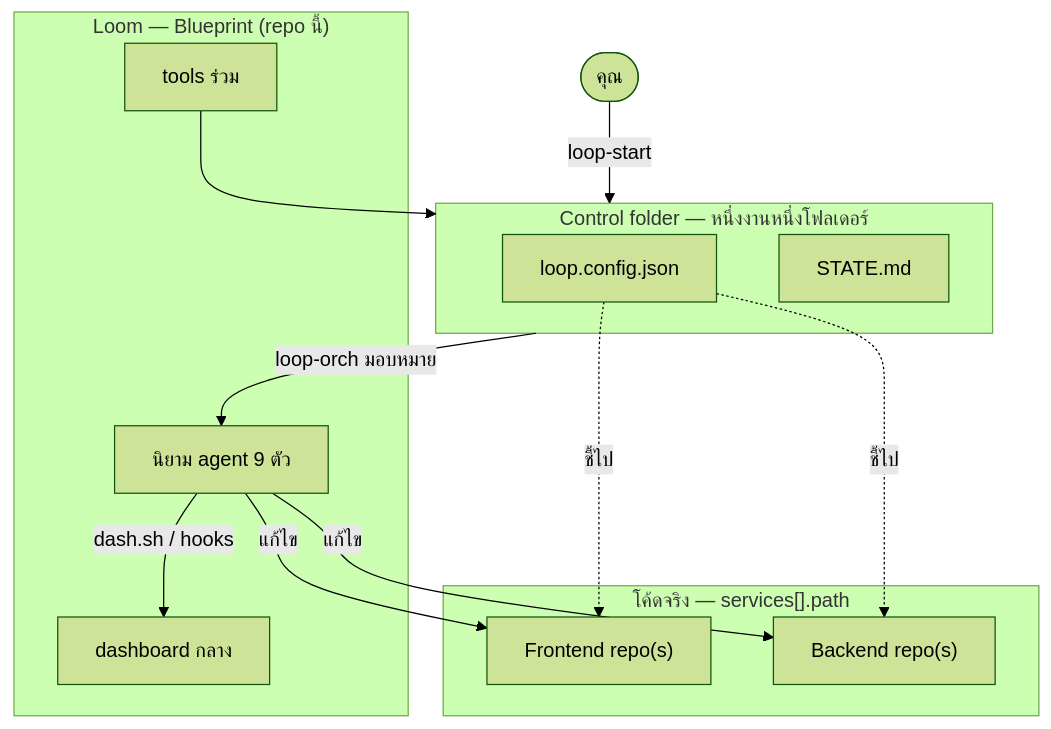
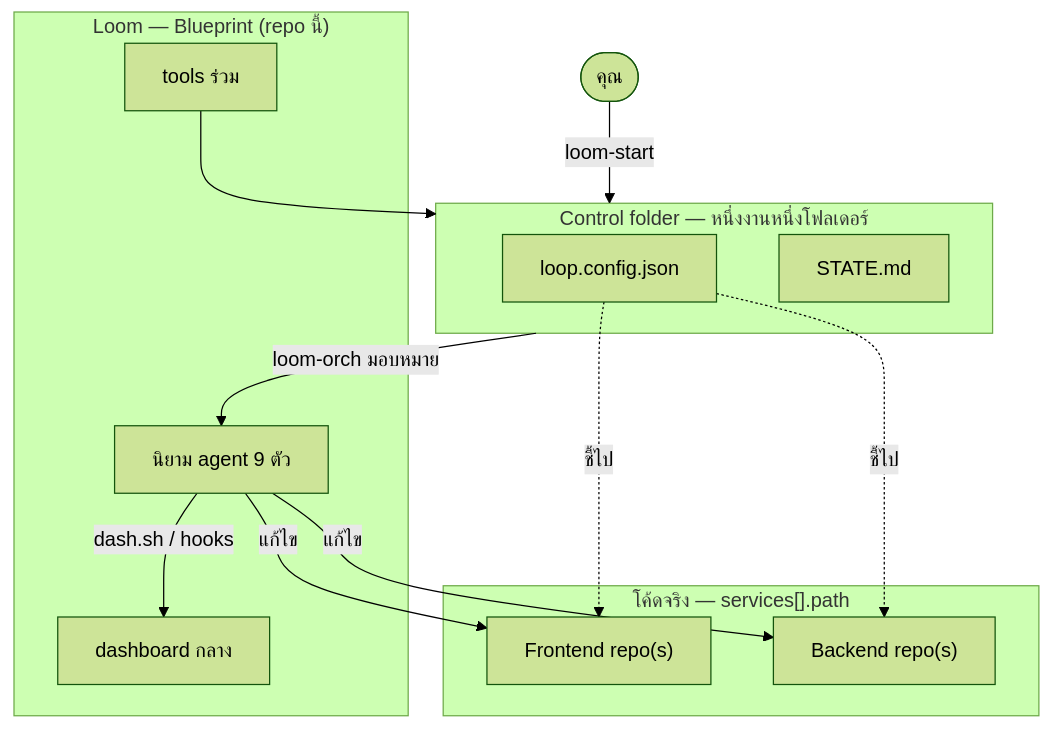
The first of 3 diagrams in README-TH.md (sukritnak/loom), drawn with Mermaid (forest theme) before and after one commit. The commit also changed other lines of this file and 73 other files, not shown here.

````diff
--- a/README-TH.md
+++ b/README-TH.md
@@ -116,27 +116,27 @@
 ```mermaid
 flowchart TB
   subgraph loom ["Loom — Blueprint (repo นี้)"]
     agents["นิยาม agent 9 ตัว"]
     tools["tools ร่วม"]
     dash["dashboard กลาง"]
   end
 
   subgraph job ["Control folder — หนึ่งงานหนึ่งโฟลเดอร์"]
     cfg["loop.config.json"]
     mem["STATE.md"]
   end
 
   subgraph services ["โค้ดจริง — services[].path"]
     fe["Frontend repo(s)"]
     be["Backend repo(s)"]
   end
 
-  you(["คุณ"]) -->|loop-start| job
-  job -->|loop-orch มอบหมาย| agents
+  you(["คุณ"]) -->|loom-start| job
+  job -->|loom-orch มอบหมาย| agents
   agents -->|แก้ไข| fe
   agents -->|แก้ไข| be
   agents -->|dash.sh / hooks| dash
   cfg -.->|ชี้ไป| fe
   cfg -.->|ชี้ไป| be
   tools --> job
 ```
````
